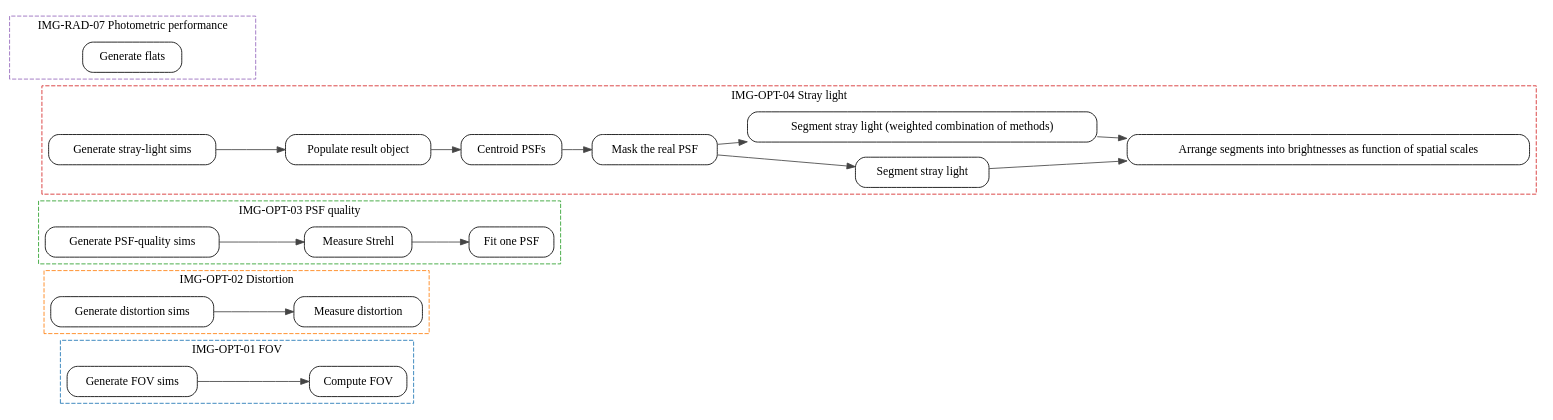
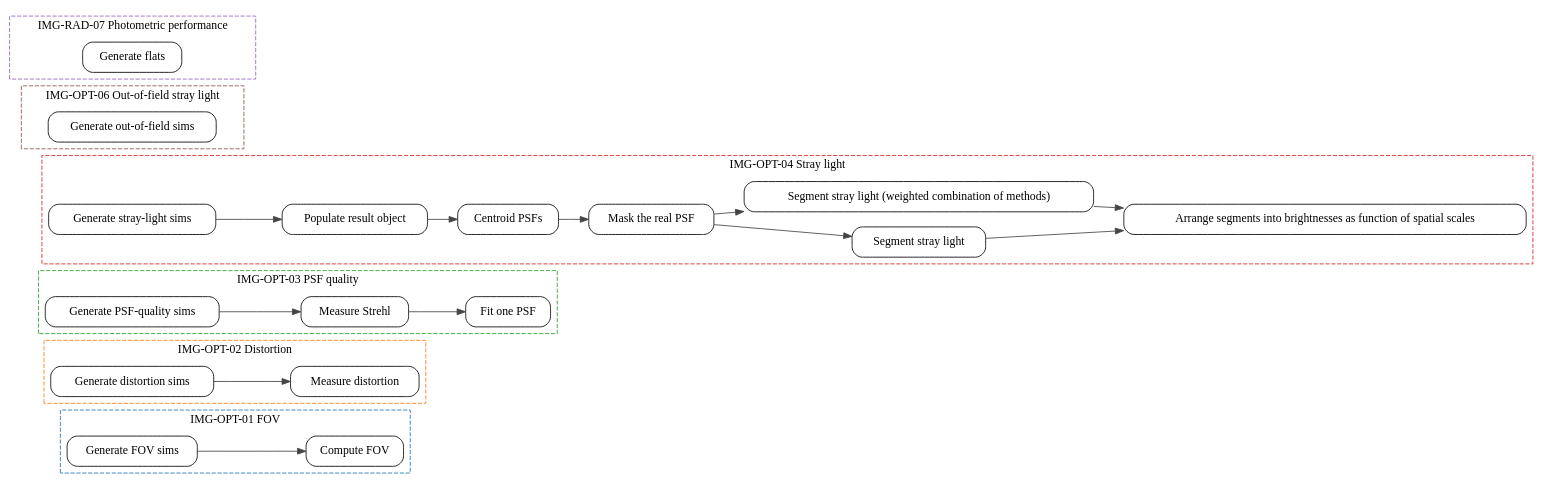
One commit to mwanakijiji/metis_work changed the diagram in docs/uml/pipeline_flow.dot. Above: the diagram before and after it, drawn with Graphviz. The commit also changed 5 other files, not shown here.

Commit message:
after init 06 stray light script

```diff
--- a/docs/uml/pipeline_flow.dot
+++ b/docs/uml/pipeline_flow.dot
@@ -1,78 +1,86 @@
 digraph pipeline {
   rankdir=LR;
   node [shape=box, style="rounded,filled", fillcolor="white"];
   edge [color="#444444"];
 
   subgraph cluster_img_opt_01_fov {
     label="IMG-OPT-01 FOV";
     style="dashed";
     color="#1f77b4";
     generate_fov_sim;
     fov_calc;
   }
 
   subgraph cluster_img_opt_02_distortion {
     label="IMG-OPT-02 Distortion";
     style="dashed";
     color="#ff7f0e";
     generate_distortion_sim;
     image_distortion;
   }
 
   subgraph cluster_img_opt_03_psf_quality {
     label="IMG-OPT-03 PSF quality";
     style="dashed";
     color="#2ca02c";
     generate_psf_quality_sim;
     process_one_psf;
     strehl_psfs;
   }
 
   subgraph cluster_img_opt_04_stray_light {
     label="IMG-OPT-04 Stray light";
     style="dashed";
     color="#d62728";
     generate_stray_light_sim;
     populate_result_obj_info;
     stray_light_brightness_spectrum;
     centroid_2passes_oversample;
     stray_light_segmentation;
     stray_light_segmentation_combined;
     stray_light_mask_real;
   }
 
+  subgraph cluster_img_opt_06_out_of_field_stray_light {
+    label="IMG-OPT-06 Out-of-field stray light";
+    style="dashed";
+    color="#8c564b";
+    generate_out_of_field_sim;
+  }
+
   subgraph cluster_img_rad_07_photometric_performance {
     label="IMG-RAD-07 Photometric performance";
     style="dashed";
     color="#9467bd";
     make_flat_frames;
   }
 
   generate_fov_sim [label="Generate FOV sims"];
   generate_distortion_sim [label="Generate distortion sims"];
   generate_psf_quality_sim [label="Generate PSF-quality sims"];
   generate_stray_light_sim [label="Generate stray-light sims"];
+  generate_out_of_field_sim [label="Generate out-of-field sims"];
   make_flat_frames [label="Generate flats"];
   fov_calc [label="Compute FOV"];
   image_distortion [label="Measure distortion"];
   process_one_psf [label="Fit one PSF"];
   strehl_psfs [label="Measure Strehl"];
   populate_result_obj_info [label="Populate result object"];
   stray_light_brightness_spectrum [label="Arrange segments into brightnesses as function of spatial scales"];
   centroid_2passes_oversample [label="Centroid PSFs"];
   stray_light_segmentation [label="Segment stray light"];
   stray_light_segmentation_combined [label="Segment stray light (weighted combination of methods)"];
   stray_light_mask_real [label="Mask the real PSF"];
 
   generate_fov_sim -> fov_calc;
   generate_distortion_sim -> image_distortion;
   strehl_psfs -> process_one_psf;
   generate_psf_quality_sim -> strehl_psfs;
   generate_stray_light_sim -> populate_result_obj_info;
   stray_light_segmentation -> stray_light_brightness_spectrum;
   stray_light_segmentation_combined -> stray_light_brightness_spectrum;
   populate_result_obj_info -> centroid_2passes_oversample;
   stray_light_mask_real -> stray_light_segmentation;
   stray_light_mask_real -> stray_light_segmentation_combined;
   centroid_2passes_oversample -> stray_light_mask_real;
 }
```
